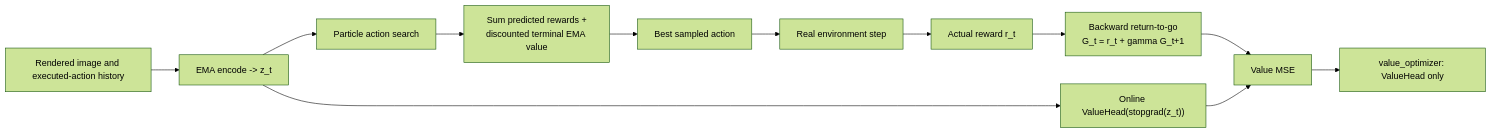
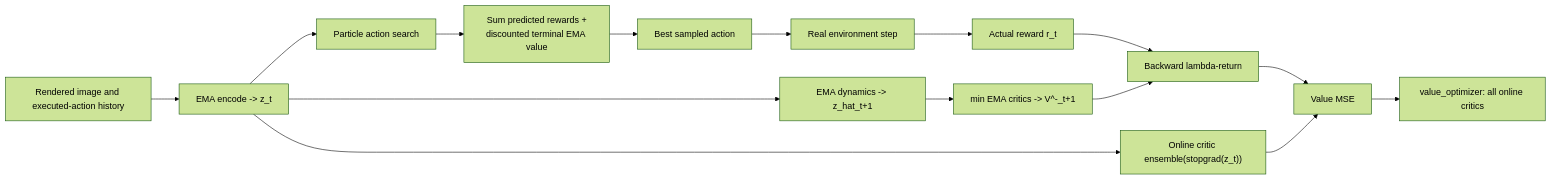
The third of 3 diagrams in trans_wm_le/TRAINING_LOGIC.md (IBNBlank/piece_of_wm), drawn with Mermaid (forest theme) before and after one commit. The commit also changed other lines of this file and 31 other files, not shown here.

````diff
--- a/trans_wm_le/TRAINING_LOGIC.md
+++ b/trans_wm_le/TRAINING_LOGIC.md
@@ -114,14 +120,17 @@
 ```mermaid
 flowchart LR
     H["Rendered image and executed-action history"] --> Z["EMA encode -> z_t"]
     Z --> P["Particle action search"]
     P --> SCORE["Sum predicted rewards +<br/>discounted terminal EMA value"]
     SCORE --> ACT["Best sampled action"]
     ACT --> ENV["Real environment step"]
     ENV --> R["Actual reward r_t"]
-    R --> G["Backward return-to-go<br/>G_t = r_t + gamma G_t+1"]
-    Z --> V["Online ValueHead(stopgrad(z_t))"]
+    R --> G["Backward lambda-return"]
+    Z --> WM["EMA dynamics -> z_hat_t+1"]
+    WM --> BOOT["min EMA critics -> V^-_t+1"]
+    BOOT --> G
+    Z --> V["Online critic ensemble(stopgrad(z_t))"]
     G --> LOSS["Value MSE"]
     V --> LOSS
-    LOSS --> OPT["value_optimizer: ValueHead only"]
+    LOSS --> OPT["value_optimizer: all online critics"]
 ```
````
